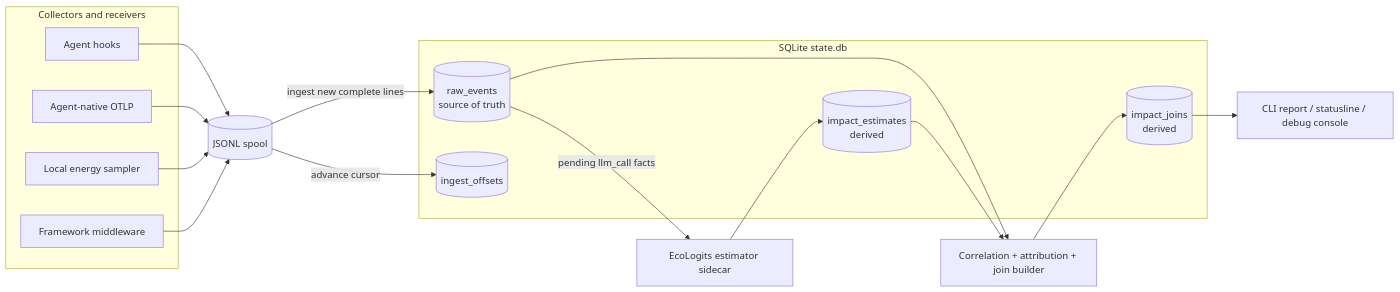
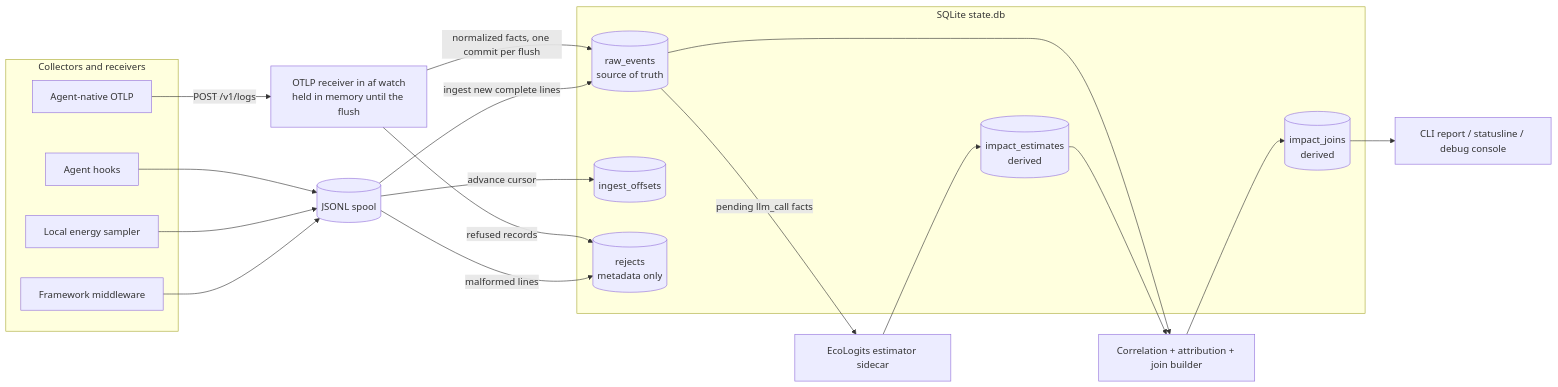
One commit to mlco2/agentic-footprint changed the first of 4 diagrams in docs/explanation/rebuild-architecture.md. Above: the diagram before and after it, drawn with Mermaid. The commit also changed other lines of this file and 78 other files, not shown here.

````diff
--- a/docs/explanation/rebuild-architecture.md
+++ b/docs/explanation/rebuild-architecture.md
@@ -19,35 +19,40 @@
 ```mermaid
 flowchart LR
     subgraph Producers[Collectors and receivers]
         Hooks[Agent hooks]
         OTLP[Agent-native OTLP]
         Sampler[Local energy sampler]
         Framework[Framework middleware]
     end
 
     Spool[(JSONL spool)]
+    Receiver[OTLP receiver in af watch<br/>held in memory until the flush]
 
     subgraph SQLite[SQLite state.db]
         Raw[(raw_events<br/>source of truth)]
         Offsets[(ingest_offsets)]
+        Rejects[(rejects<br/>metadata only)]
         Estimates[(impact_estimates<br/>derived)]
         Joins[(impact_joins<br/>derived)]
     end
 
     Sidecar[EcoLogits estimator sidecar]
     Core[Correlation + attribution + join builder]
     Readers[CLI report / statusline / debug console]
 
     Hooks --> Spool
-    OTLP --> Spool
     Sampler --> Spool
     Framework --> Spool
+    OTLP -->|POST /v1/logs| Receiver
+    Receiver -->|normalized facts, one commit per flush| Raw
+    Receiver -->|refused records| Rejects
     Spool -->|ingest new complete lines| Raw
+    Spool -->|malformed lines| Rejects
     Spool -->|advance cursor| Offsets
     Raw -->|pending llm_call facts| Sidecar
     Sidecar --> Estimates
     Raw --> Core
     Estimates --> Core
     Core --> Joins
     Joins --> Readers
 ```
````
